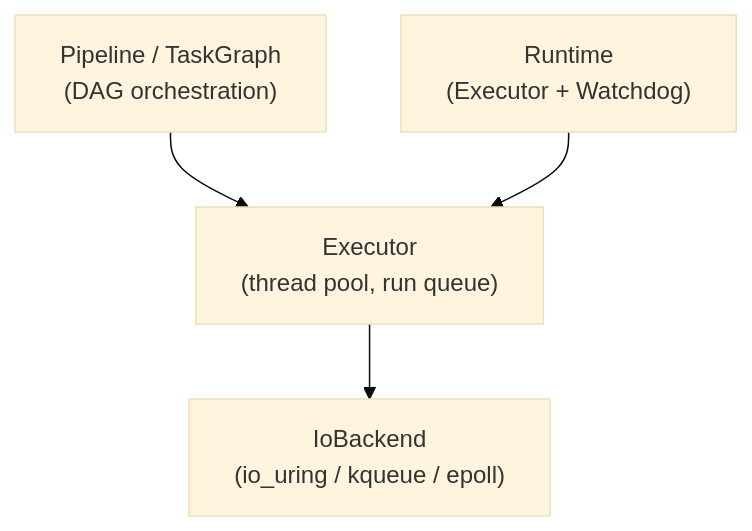
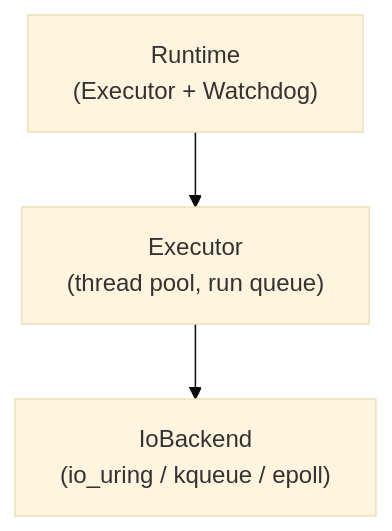
The diagram in docs/source/concepts/async-runtime.rst (llnl-asr/dftracer-utils), drawn with Mermaid (base theme) before and after one commit. The commit also changed other lines of this file and 61 other files, not shown here.

Commit message:
refactor: make the pipeline, task graph, trace statistics and duql internal headers private

```diff
--- a/docs/source/concepts/async-runtime.rst
+++ b/docs/source/concepts/async-runtime.rst
@@ -113,10 +109,8 @@
 .. mermaid::
 
    graph TB
-       Pipeline["Pipeline / TaskGraph<br/>(DAG orchestration)"]
        Runtime["Runtime<br/>(Executor + Watchdog)"]
        Executor["Executor<br/>(thread pool, run queue)"]
        IoBackend["IoBackend<br/>(io_uring / kqueue / epoll)"]
-       Pipeline --> Executor
        Runtime --> Executor
        Executor --> IoBackend
```
